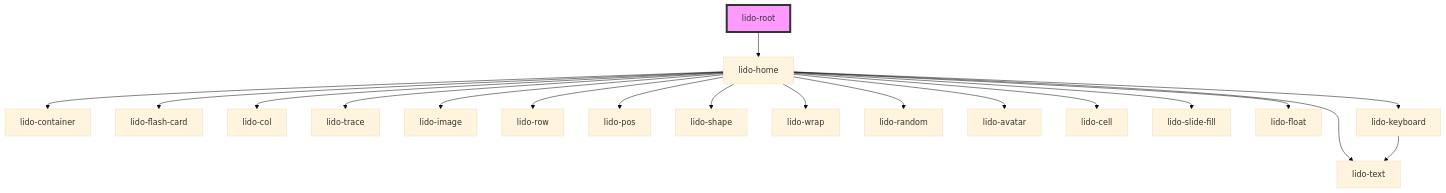
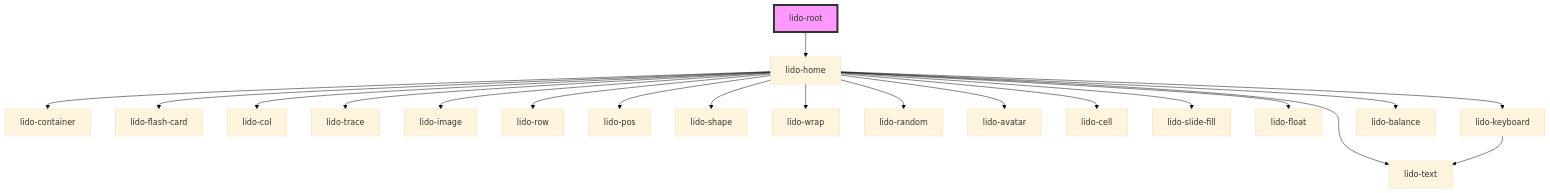
The diagram in src/components/root/readme.md (chimple/lido-player), drawn with Mermaid (base theme) before and after one commit. The commit also changed 8 other files, not shown here.

Commit message:
lido-balance

````diff
--- a/src/components/root/readme.md
+++ b/src/components/root/readme.md
@@ -30,22 +30,23 @@
 ```mermaid
 graph TD;
   lido-root --> lido-home
   lido-home --> lido-container
   lido-home --> lido-flash-card
   lido-home --> lido-col
   lido-home --> lido-trace
   lido-home --> lido-image
   lido-home --> lido-row
   lido-home --> lido-text
   lido-home --> lido-pos
   lido-home --> lido-shape
   lido-home --> lido-wrap
   lido-home --> lido-random
   lido-home --> lido-avatar
   lido-home --> lido-cell
   lido-home --> lido-slide-fill
   lido-home --> lido-float
   lido-home --> lido-keyboard
+  lido-home --> lido-balance
   lido-keyboard --> lido-text
   style lido-root fill:#f9f,stroke:#333,stroke-width:4px
 ```
````
